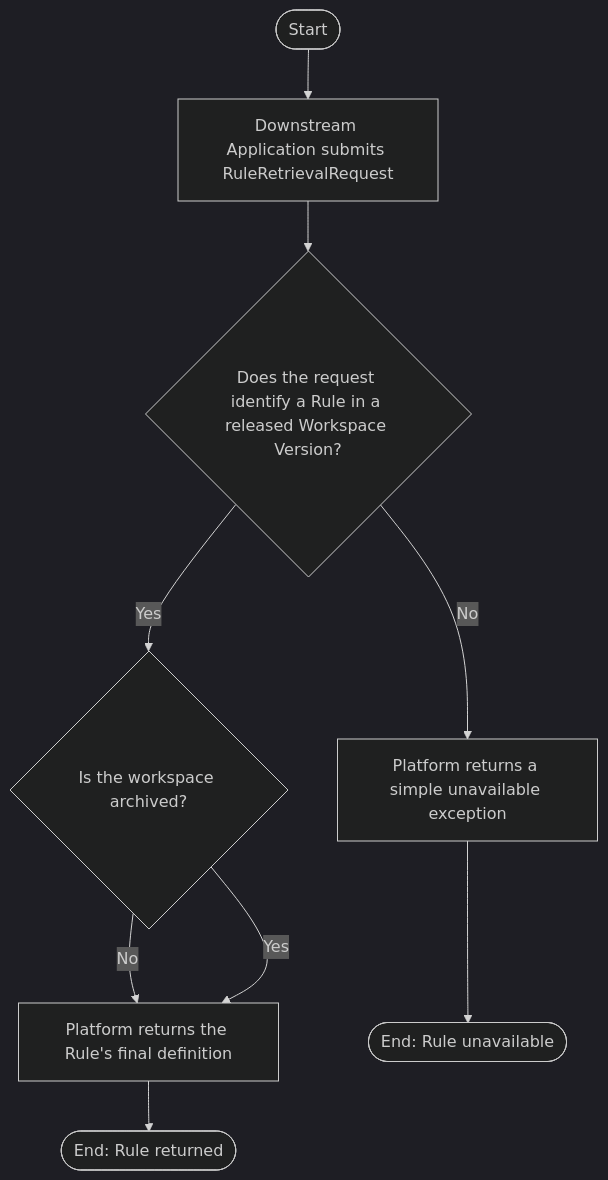
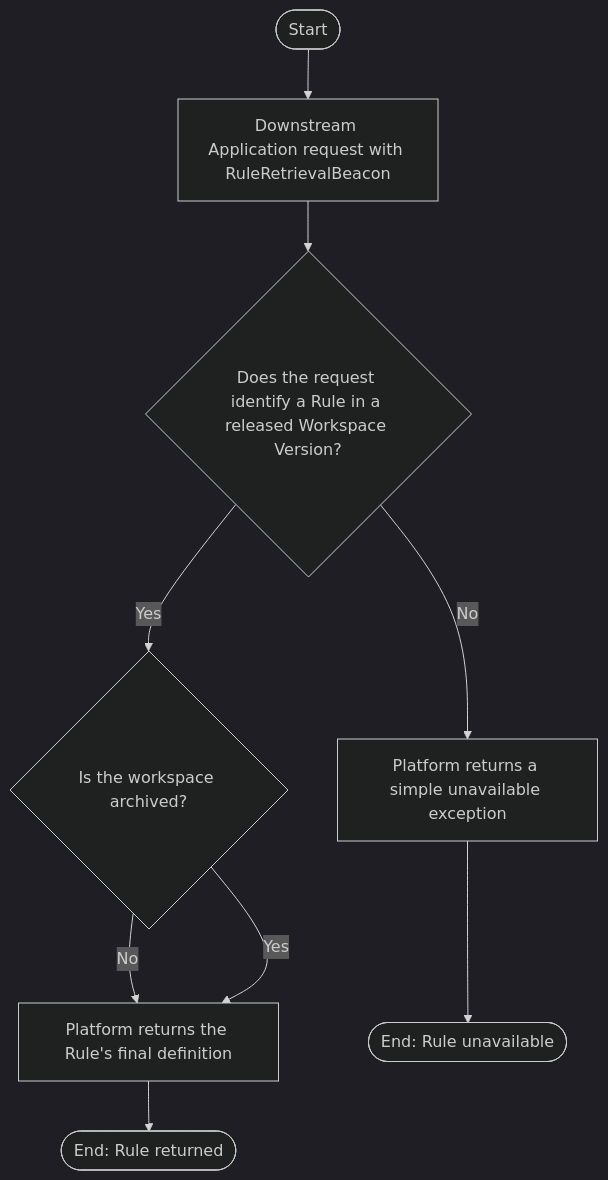
One commit to huang-xiao-jian/themis changed the diagram in specs/copernicus/use-case/retrieve-released-rule.md. Above: the diagram before and after it, drawn with Mermaid (dark theme). The commit also changed other lines of this file and 33 other files, not shown here.

````diff
--- a/specs/copernicus/use-case/retrieve-released-rule.md
+++ b/specs/copernicus/use-case/retrieve-released-rule.md
@@ -37,12 +31,12 @@
 ```mermaid
 flowchart TD
-    start([Start]) --> submit[Downstream Application submits RuleRetrievalRequest]
+    start([Start]) --> submit[Downstream Application request with RuleRetrievalBeacon]
     submit --> available{Does the request identify a Rule in a released Workspace Version?}
     available -->|Yes| archived{Is the workspace archived?}
     archived -->|No| returnRule[Platform returns the Rule's final definition]
     archived -->|Yes| returnRule
     returnRule --> endSuccess([End: Rule returned])
 
     available -->|No| unavailable[Platform returns a simple unavailable exception]
     unavailable --> endUnavailable([End: Rule unavailable])
 ```
````
